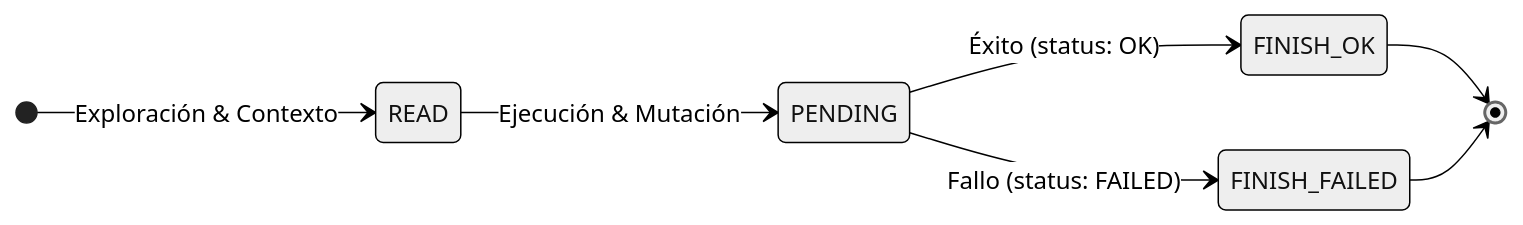
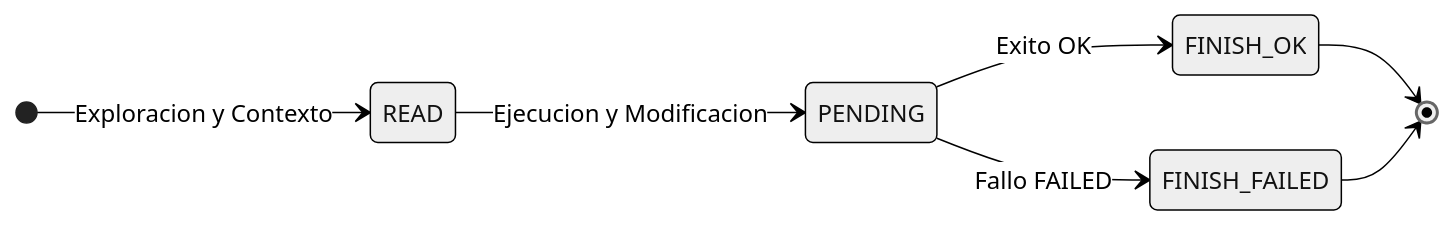
The diagram in docs/architecture/observability.md (GountzJs/gountz-ia), drawn with Mermaid (neutral theme) before and after one commit. The commit also changed 14 other files, not shown here.

````diff
--- a/docs/architecture/observability.md
+++ b/docs/architecture/observability.md
@@ -13,10 +13,10 @@
 ```mermaid
 stateDiagram-v2
     direction LR
-    [*] --> READ: Exploración & Contexto
-    READ --> PENDING: Ejecución & Mutación
-    PENDING --> FINISH_OK: Éxito (status: OK)
-    PENDING --> FINISH_FAILED: Fallo (status: FAILED)
+    [*] --> READ: Exploracion y Contexto
+    READ --> PENDING: Ejecucion y Modificacion
+    PENDING --> FINISH_OK: Exito OK
+    PENDING --> FINISH_FAILED: Fallo FAILED
     FINISH_OK --> [*]
     FINISH_FAILED --> [*]
 ```
````
